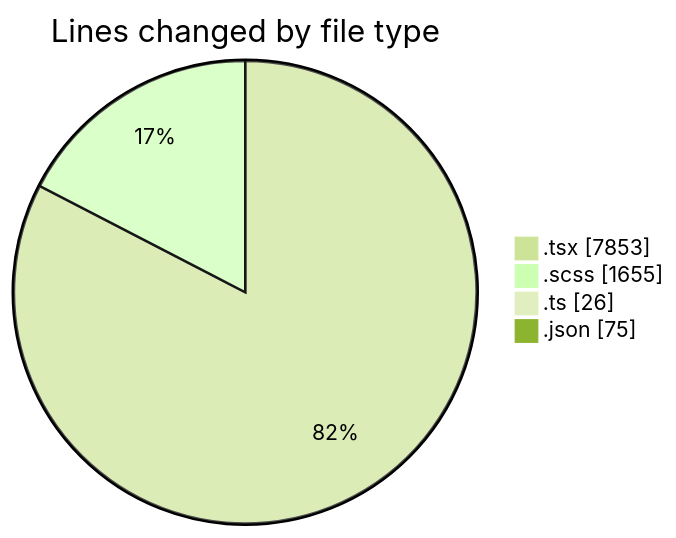
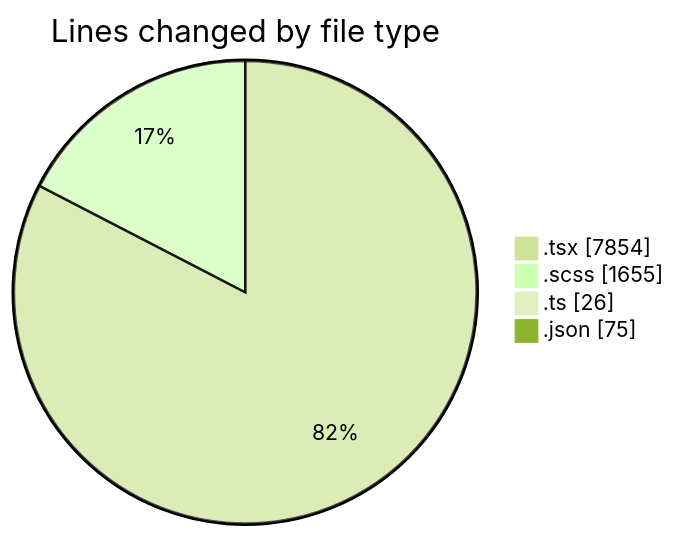
Before and after one commit to momahboobian/code-tracking: the first of 2 diagrams in 2025-04-09/cda/README.md, drawn with Mermaid (forest theme). The commit also changed other lines of this file and 1 other file, not shown here.

````diff
--- a/2025-04-09/cda/README.md
+++ b/2025-04-09/cda/README.md
@@ -45,8 +45,8 @@
 ```mermaid
 pie showData
 title Lines changed by file type
-".tsx" : 7853
+".tsx" : 7854
 ".scss" : 1655
 ".ts" : 26
 ".json" : 75
 ```
````
